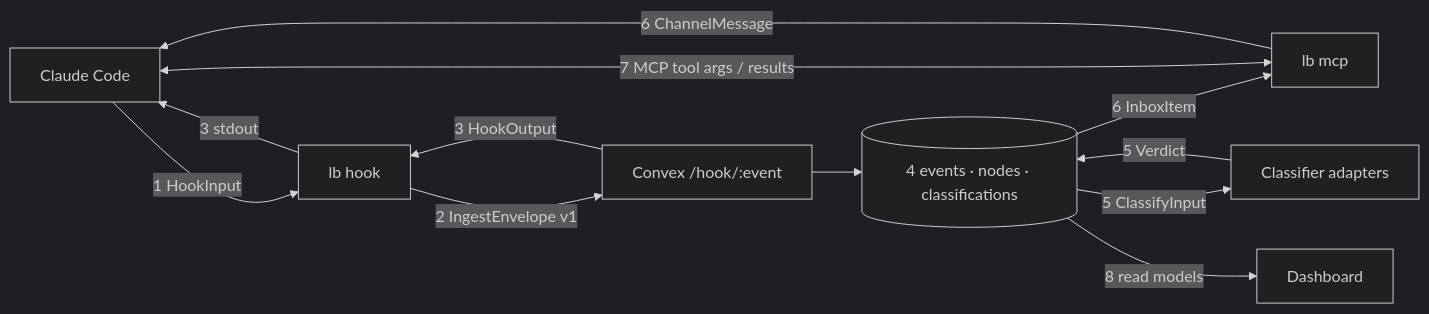
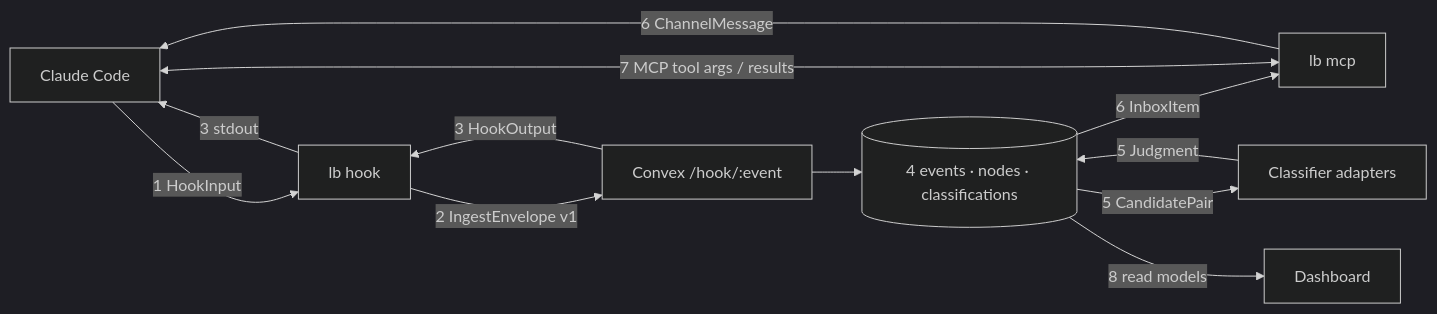
One commit to noahcilliers/little-brother changed the third of 3 diagrams in docs/PLAN.md. Above: the diagram before and after it, drawn with Mermaid (dark theme). The commit also changed other lines of this file, not shown here.

````diff
--- a/docs/PLAN.md
+++ b/docs/PLAN.md
@@ -331,14 +337,14 @@
 ```mermaid
 flowchart LR
   CC["Claude Code"] -- "1 HookInput" --> LB["lb hook"]
   LB -- "2 IngestEnvelope v1" --> HTTP["Convex /hook/:event"]
   HTTP -- "3 HookOutput" --> LB
   LB -- "3 stdout" --> CC
   HTTP --> DB[("4 events · nodes · classifications")]
-  DB -- "5 ClassifyInput" --> CL["Classifier adapters"]
-  CL -- "5 Verdict" --> DB
+  DB -- "5 CandidatePair" --> CL["Classifier adapters"]
+  CL -- "5 Judgment" --> DB
   DB -- "6 InboxItem" --> MCP["lb mcp"]
   MCP -- "6 ChannelMessage" --> CC
   CC <-- "7 MCP tool args / results" --> MCP
   DB -- "8 read models" --> WEB["Dashboard"]
 ```
````
